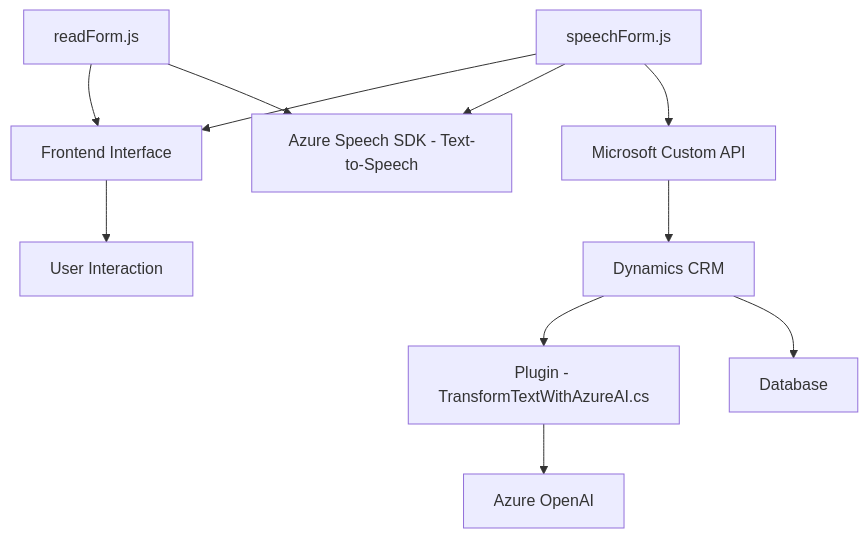
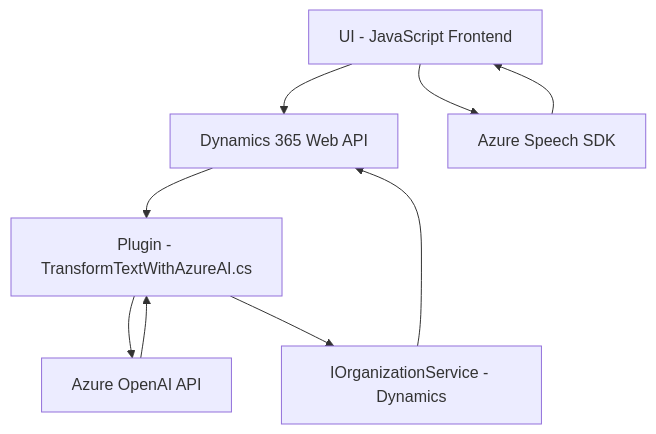
Before and after one commit to blopezdm/NETCORE_BILBAO2025: the diagram in README.md, drawn with Mermaid. The commit also changed other lines of this file, not shown here.

````diff
--- a/README.md
+++ b/README.md
@@ -51,16 +46,11 @@
 ```mermaid
 graph TD
-  A["Frontend Interface"]
-  B["readForm.js"]
-  C["speechForm.js"]
-  B --> A
-  C --> A
-  B --> D["Azure Speech SDK - Text-to-Speech"]
-  C --> D
-  C --> E["Microsoft Custom API"]
-  E --> F["Dynamics CRM"]
-  F --> G["Plugin - TransformTextWithAzureAI.cs"]
-  G --> H["Azure OpenAI"]
-  F --> I["Database"]
-  A --> J["User Interaction"]
+    A["UI - JavaScript Frontend"] --> B["Dynamics 365 Web API"]
+    B --> C["Plugin - TransformTextWithAzureAI.cs"]
+    C --> D["Azure OpenAI API"]
+    D --> C
+    A --> E["Azure Speech SDK"]
+    E --> A
+    C --> F["IOrganizationService - Dynamics"]
+    F --> B
 ```
````
